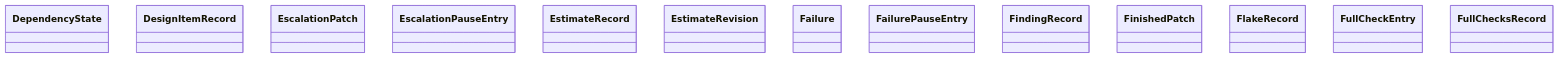
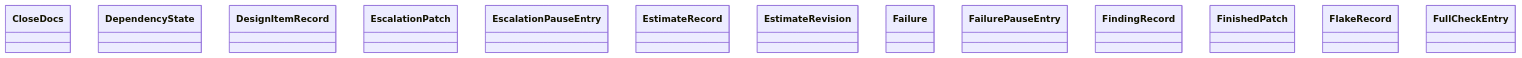
One commit to GonzaloZevallos/agentic-system changed the diagram in docs/architecture/generated/classes-process-domain-state-3.md. Above: the diagram before and after it, drawn with Mermaid. The commit also changed other lines of this file and 10 other files, not shown here.

````diff
--- a/docs/architecture/generated/classes-process-domain-state-3.md
+++ b/docs/architecture/generated/classes-process-domain-state-3.md
@@ -21,16 +21,16 @@
 ```mermaid
 classDiagram
+    class task__CloseDocs["CloseDocs"]
     class task__DependencyState["DependencyState"]
     class task__DesignItemRecord["DesignItemRecord"]
     class task__EscalationPatch["EscalationPatch"]
     class task__EscalationPauseEntry["EscalationPauseEntry"]
     class task__EstimateRecord["EstimateRecord"]
     class task__EstimateRevision["EstimateRevision"]
     class task__Failure["Failure"]
     class task__FailurePauseEntry["FailurePauseEntry"]
     class task__FindingRecord["FindingRecord"]
     class task__FinishedPatch["FinishedPatch"]
     class task__FlakeRecord["FlakeRecord"]
     class task__FullCheckEntry["FullCheckEntry"]
-    class task__FullChecksRecord["FullChecksRecord"]
 ```
````
